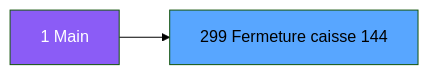
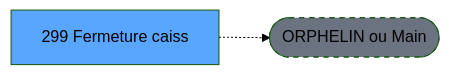
Before and after one commit to thonyAGP/lecteur-magic: the second of 3 diagrams in .openspec/specs/ADH-IDE-299.md, drawn with Mermaid (forest theme). The commit also changed other lines of this file and 701 other files, not shown here.

````diff
--- a/.openspec/specs/ADH-IDE-299.md
+++ b/.openspec/specs/ADH-IDE-299.md
@@ -122,8 +124,8 @@
 ```mermaid
 graph LR
-    M[1 Main]
-    T[299 Fermeture caisse 144]
-    M --> T
-    style M fill:#8b5cf6,color:#fff
+    T[299 Fermeture caiss]
+    ORPHAN([ORPHELIN ou Main])
+    T -.-> ORPHAN
     style T fill:#58a6ff,color:#000
+    style ORPHAN fill:#6b7280,stroke-dasharray: 5 5
 ```
````
